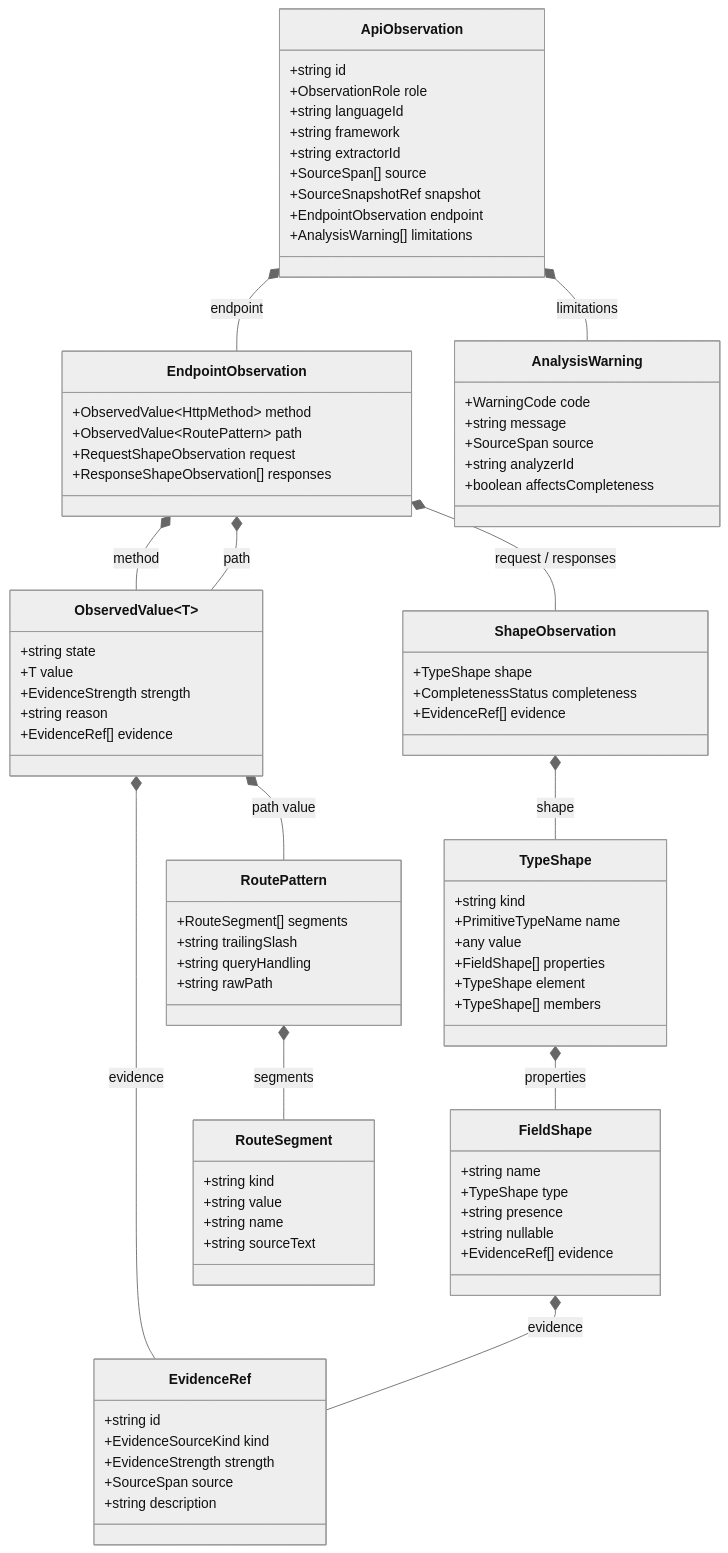
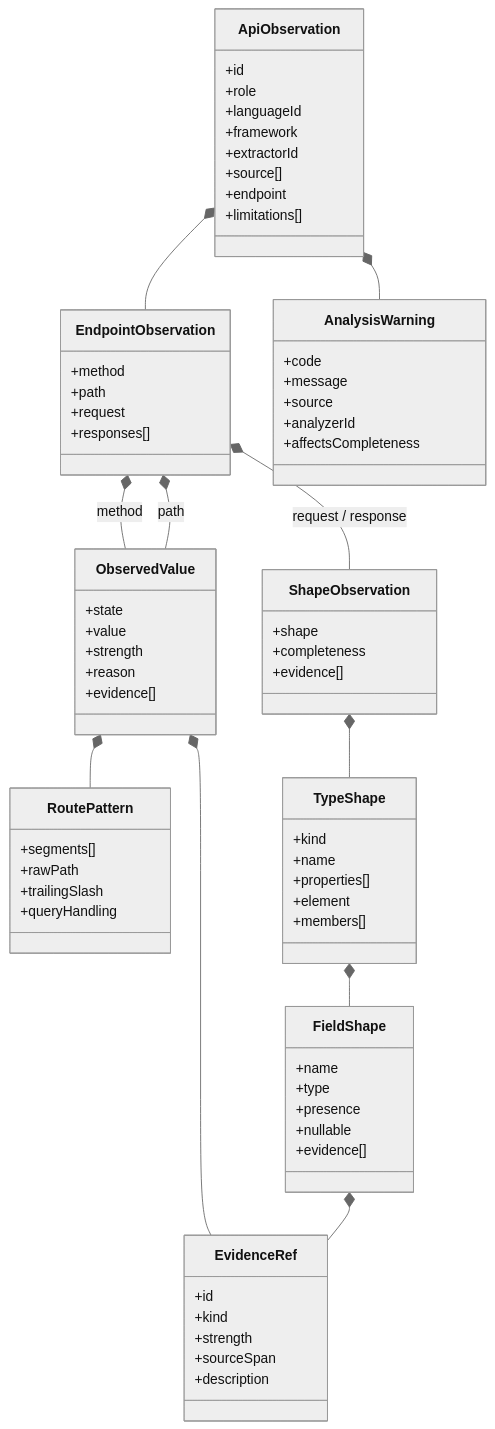
The eighth of 9 diagrams in README.md (parnilV06/undrift), drawn with Mermaid (neutral theme) before and after one commit. The commit also changed other lines of this file, not shown here.

````diff
--- a/README.md
+++ b/README.md
@@ -239,94 +482,84 @@
 ```mermaid
 classDiagram
     class ApiObservation {
-        +string id
-        +ObservationRole role
-        +string languageId
-        +string framework
-        +string extractorId
-        +SourceSpan[] source
-        +SourceSnapshotRef snapshot
-        +EndpointObservation endpoint
-        +AnalysisWarning[] limitations
+        +id
+        +role
+        +languageId
+        +framework
+        +extractorId
+        +source[]
+        +endpoint
+        +limitations[]
     }
 
     class EndpointObservation {
-        +ObservedValue~HttpMethod~ method
-        +ObservedValue~RoutePattern~ path
-        +RequestShapeObservation request
-        +ResponseShapeObservation[] responses
+        +method
+        +path
+        +request
+        +responses[]
+    }
+
+    class ObservedValue {
+        +state
+        +value
+        +strength
+        +reason
+        +evidence[]
     }
 
     class RoutePattern {
-        +RouteSegment[] segments
-        +string trailingSlash
-        +string queryHandling
-        +string rawPath
-    }
-
-    class RouteSegment {
-        +string kind
-        +string value
-        +string name
-        +string sourceText
-    }
-
-    class ObservedValue~T~ {
-        +string state
-        +T value
-        +EvidenceStrength strength
-        +string reason
-        +EvidenceRef[] evidence
+        +segments[]
+        +rawPath
+        +trailingSlash
+        +queryHandling
     }
 
     class ShapeObservation {
-        +TypeShape shape
-        +CompletenessStatus completeness
-        +EvidenceRef[] evidence
+        +shape
+        +completeness
+        +evidence[]
     }
 
     class TypeShape {
-        +string kind
-        +PrimitiveTypeName name
-        +any value
-        +FieldShape[] properties
-        +TypeShape element
-        +TypeShape[] members
+        +kind
+        +name
+        +properties[]
+        +element
+        +members[]
     }
 
     class FieldShape {
-        +string name
-        +TypeShape type
-        +string presence
-        +string nullable
-        +EvidenceRef[] evidence
+        +name
+        +type
+        +presence
+        +nullable
+        +evidence[]
     }
 
     class EvidenceRef {
-        +string id
-        +EvidenceSourceKind kind
-        +EvidenceStrength strength
-        +SourceSpan source
-        +string description
+        +id
+        +kind
+        +strength
+        +sourceSpan
+        +description
     }
 
     class AnalysisWarning {
-        +WarningCode code
-        +string message
-        +SourceSpan source
-        +string analyzerId
-        +boolean affectsCompleteness
+        +code
+        +message
+        +source
+        +analyzerId
+        +affectsCompleteness
     }
 
-    ApiObservation *-- EndpointObservation : endpoint
-    ApiObservation *-- AnalysisWarning : limitations
+    ApiObservation *-- EndpointObservation
+    ApiObservation *-- AnalysisWarning
     EndpointObservation *-- ObservedValue : method
     EndpointObservation *-- ObservedValue : path
-    EndpointObservation *-- ShapeObservation : request / responses
-    ShapeObservation *-- TypeShape : shape
-    TypeShape *-- FieldShape : properties
-    FieldShape *-- EvidenceRef : evidence
-    ObservedValue *-- EvidenceRef : evidence
-    ObservedValue *-- RoutePattern : path value
-    RoutePattern *-- RouteSegment : segments
+    EndpointObservation *-- ShapeObservation : request / response
+    ObservedValue *-- EvidenceRef
+    ObservedValue *-- RoutePattern
+    ShapeObservation *-- TypeShape
+    TypeShape *-- FieldShape
+    FieldShape *-- EvidenceRef
 ```
````
